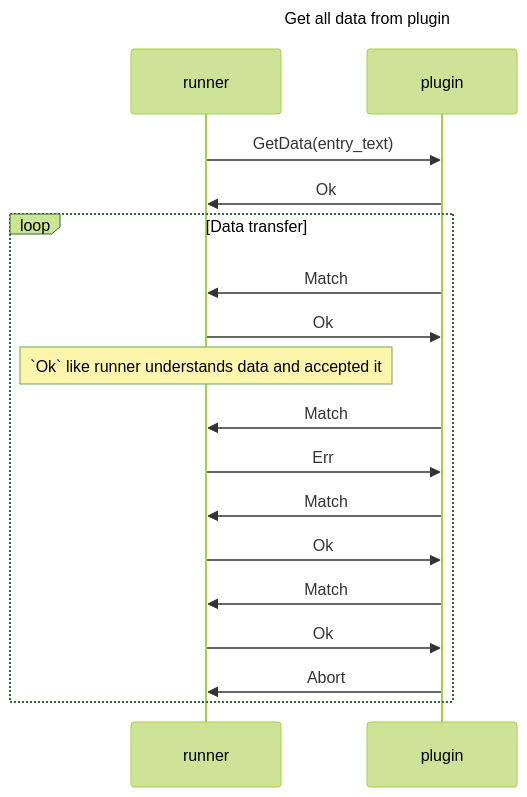
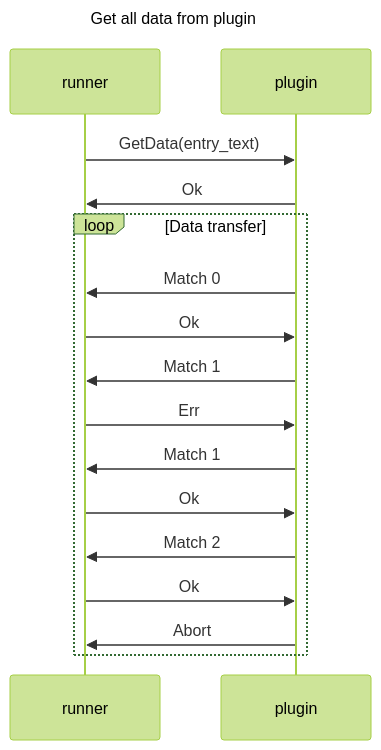
One commit to bzglve/unirun changed the first of 3 diagrams in NOTES.md. Above: the diagram before and after it, drawn with Mermaid (forest theme). The commit also changed 4 other files, not shown here.

````diff
--- a/NOTES.md
+++ b/NOTES.md
@@ -4,21 +4,20 @@
 ```mermaid
 sequenceDiagram
     title Get all data from plugin
     participant runner
     participant plugin
 
     runner ->> plugin: GetData(entry_text)
     plugin ->> runner: Ok
     loop Data transfer
-        plugin ->> runner: Match
+        plugin ->> runner: Match 0
         runner ->> plugin: Ok
-        Note over runner: `Ok` like runner understands data and accepted it
-        plugin ->> runner: Match
+        plugin ->> runner: Match 1
         runner ->> plugin: Err
-        plugin ->> runner: Match
+        plugin ->> runner: Match 1
         runner ->> plugin: Ok
-        plugin ->> runner: Match
+        plugin ->> runner: Match 2
         runner ->> plugin: Ok
         plugin ->> runner: Abort
     end
 ```
````
